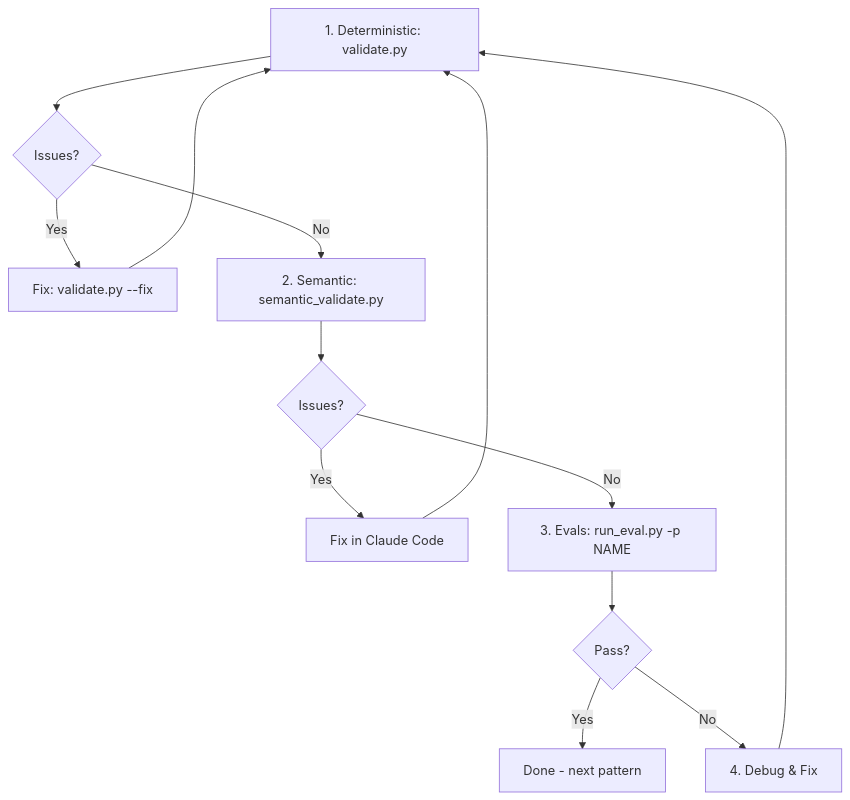
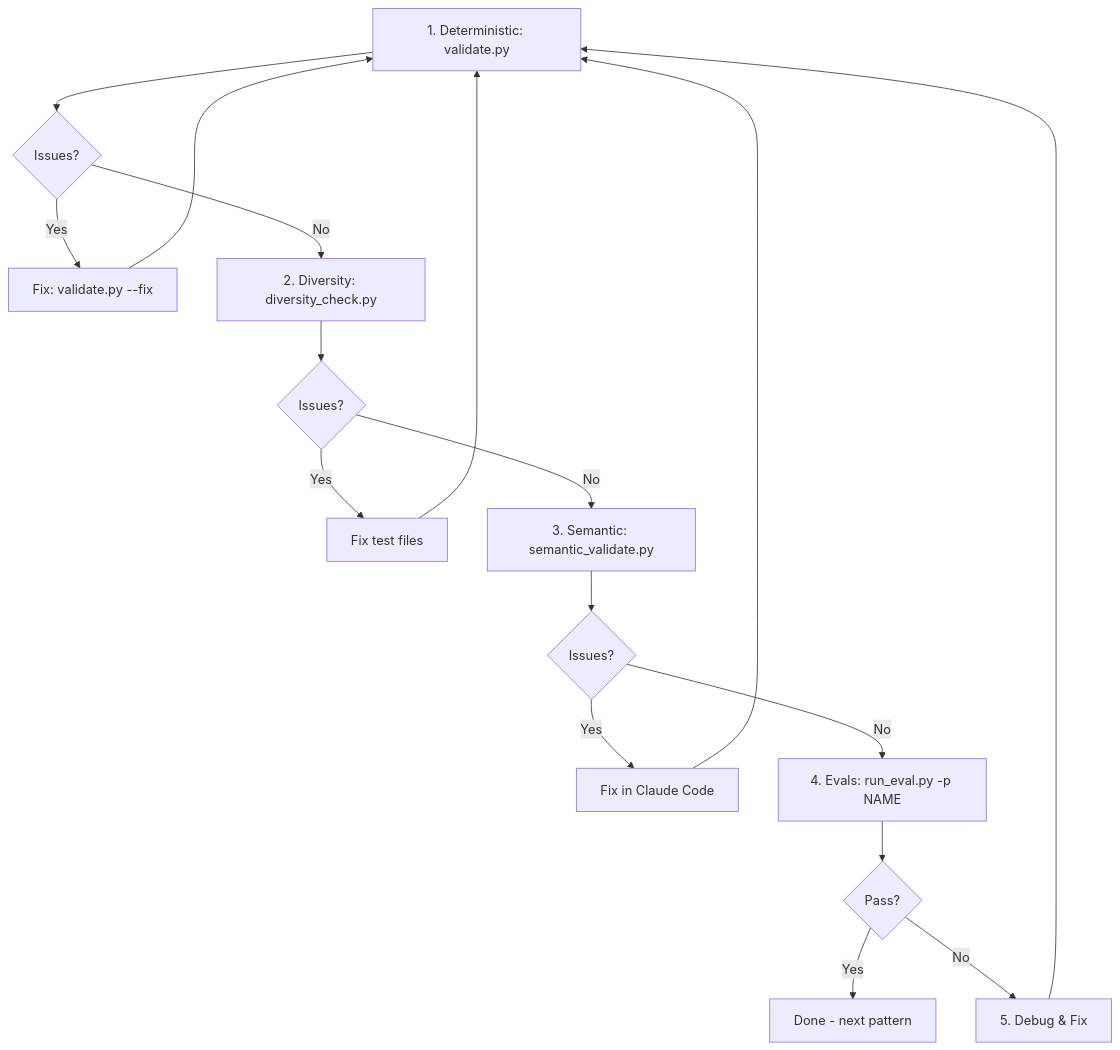
Before and after one commit to ssamsonau/scicode-lint: the first of 2 diagrams in docs_dev_genai/CONTINUOUS_IMPROVEMENT.md, drawn with Mermaid. The commit also changed other lines of this file and 465 other files, not shown here.

Commit message:
v0.2.1: analyze command, name-based detection, full pattern review

````diff
--- a/docs_dev_genai/CONTINUOUS_IMPROVEMENT.md
+++ b/docs_dev_genai/CONTINUOUS_IMPROVEMENT.md
@@ -31,15 +36,19 @@
 ```mermaid
 flowchart TD
     A[1. Deterministic: validate.py] --> B{Issues?}
     B -->|Yes| C[Fix: validate.py --fix]
-    B -->|No| D[2. Semantic: semantic_validate.py]
+    B -->|No| D[2. Diversity: diversity_check.py]
     C --> A
     D --> E{Issues?}
-    E -->|Yes| F[Fix in Claude Code]
-    E -->|No| G[3. Evals: run_eval.py -p NAME]
+    E -->|Yes| F[Fix test files]
+    E -->|No| G[3. Semantic: semantic_validate.py]
     F --> A
-    G --> H{Pass?}
-    H -->|Yes| I[Done - next pattern]
-    H -->|No| J[4. Debug & Fix]
-    J --> A
+    G --> H{Issues?}
+    H -->|Yes| I[Fix in Claude Code]
+    H -->|No| J[4. Evals: run_eval.py -p NAME]
+    I --> A
+    J --> K{Pass?}
+    K -->|Yes| L[Done - next pattern]
+    K -->|No| M[5. Debug & Fix]
+    M --> A
 ```
````
